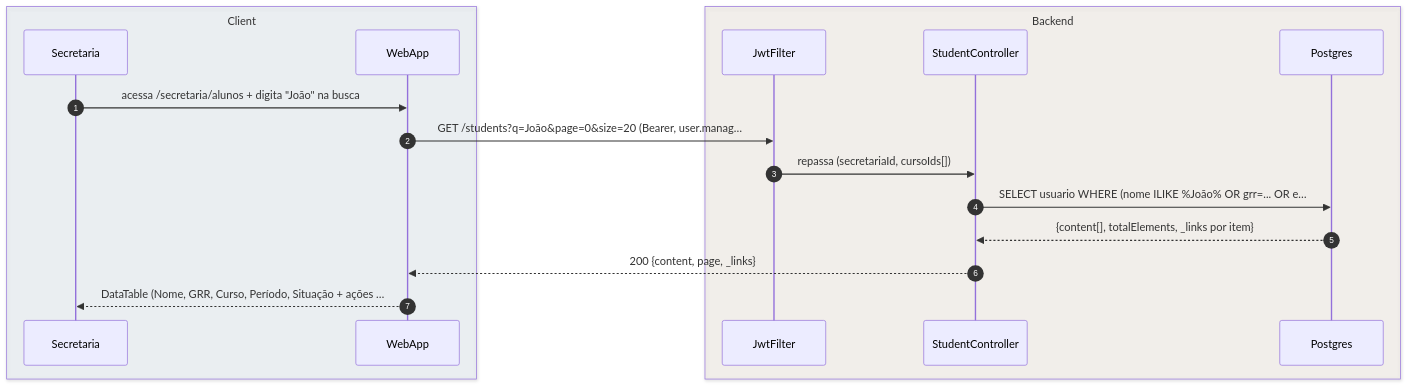
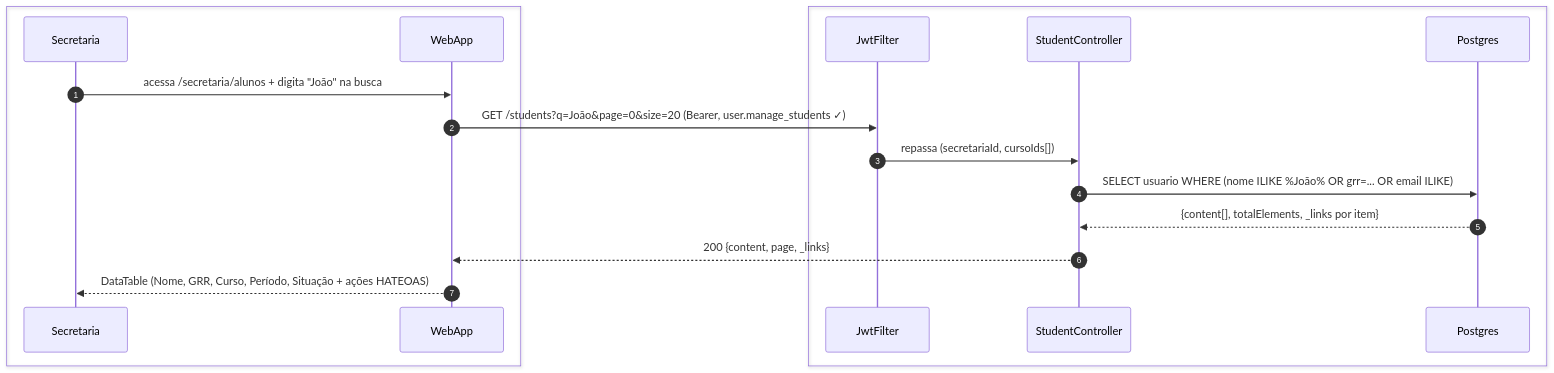
Before and after one commit to umishell/secretariaOnline2: the first of 8 diagrams in foundationDocs/sequenceDiagrams/F5 — Secretaria/US-F5-003-GESTAO-ALUNOS.md, drawn with Mermaid. The commit also changed other lines of this file and 70 other files, not shown here.

First line of the commit message:
Enhance database documentation and introduce new schema files

````diff
--- a/foundationDocs/sequenceDiagrams/F5 — Secretaria/US-F5-003-GESTAO-ALUNOS.md
+++ b/foundationDocs/sequenceDiagrams/F5 — Secretaria/US-F5-003-GESTAO-ALUNOS.md
@@ -58,21 +58,21 @@
 ```mermaid
 sequenceDiagram
     autonumber
-    box rgba(230,245,255,0.3) Client
+    box #e8f4fc Cliente
         participant Secretaria
         participant WebApp
     end
-    box rgba(255,245,230,0.3) Backend
+    box #fff8ee Servidor
         participant JwtFilter
         participant StudentController
         participant Postgres
     end
 
     Secretaria->>WebApp: acessa /secretaria/alunos + digita "João" na busca
-    WebApp->>JwtFilter: GET /students?q=João&page=0&size=20 (Bearer, user.manag…
+    WebApp->>JwtFilter: GET /students?q=João&page=0&size=20 (Bearer, user.manage_students ✓)
     JwtFilter->>StudentController: repassa (secretariaId, cursoIds[])
-    StudentController->>Postgres: SELECT usuario WHERE (nome ILIKE %João% OR grr=... OR e…
+    StudentController->>Postgres: SELECT usuario WHERE (nome ILIKE %João% OR grr=... OR email ILIKE)
     Postgres-->>StudentController: {content[], totalElements, _links por item}
     StudentController-->>WebApp: 200 {content, page, _links}
-    WebApp-->>Secretaria: DataTable (Nome, GRR, Curso, Período, Situação + ações …
+    WebApp-->>Secretaria: DataTable (Nome, GRR, Curso, Período, Situação + ações HATEOAS)
 ```
````
